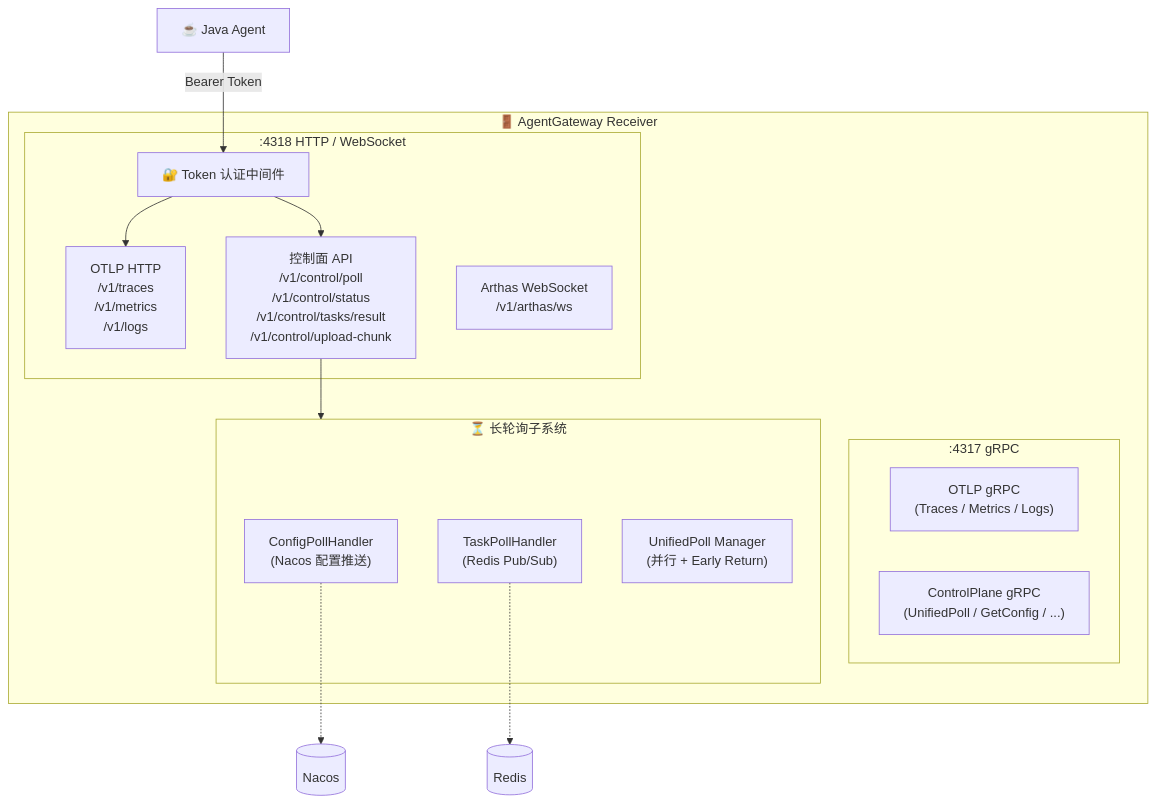
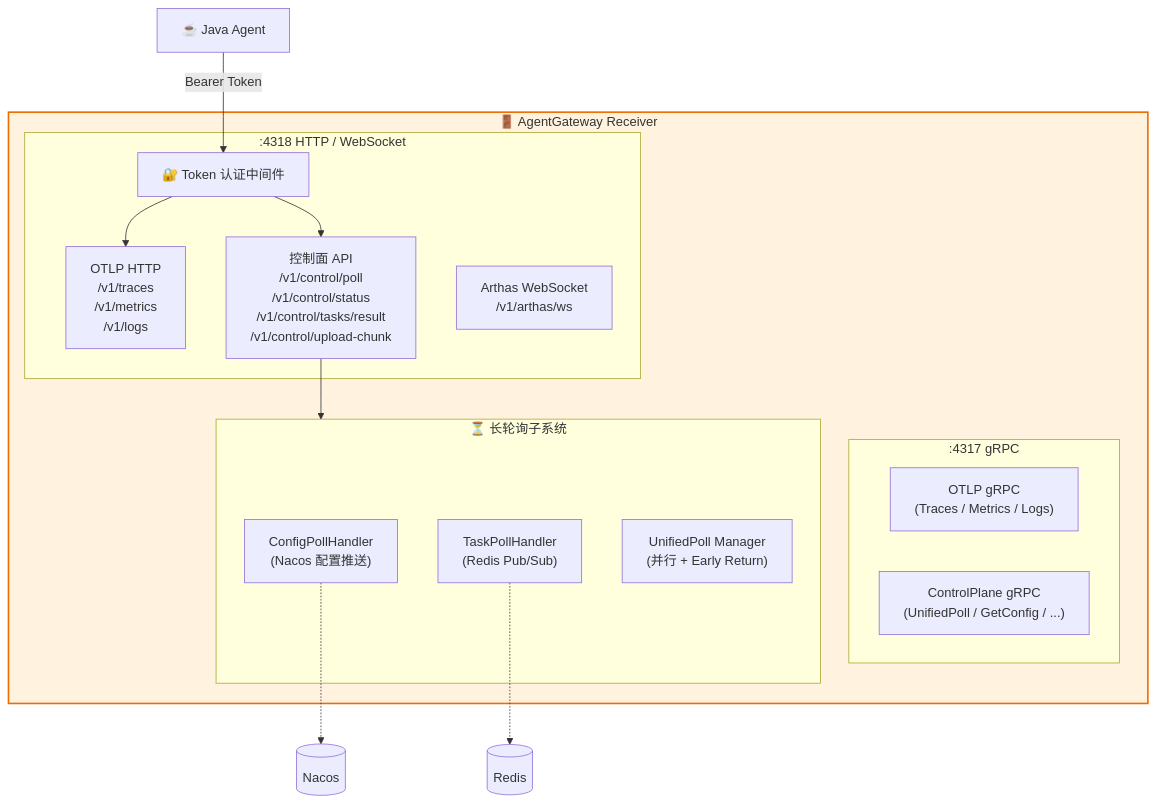
The tenth of 13 diagrams in README.md (junjiewwang/custom-opentelemetry-collector), drawn with Mermaid before and after one commit. The commit also changed other lines of this file, not shown here.

Commit message:
docs: 添加详细的 README.md 文档，包含架构图、组件详解和快速开始指南

````diff
--- a/README.md
+++ b/README.md
@@ -397,31 +417,33 @@
 ```mermaid
 graph TB
     JavaAgent["☕ Java Agent"]
 
     subgraph Receiver["🚪 AgentGateway Receiver"]
         subgraph HTTP[":4318 HTTP / WebSocket"]
             TokenMW["🔐 Token 认证中间件"]
             OTLP_H["OTLP HTTP<br/>/v1/traces<br/>/v1/metrics<br/>/v1/logs"]
             CP_H["控制面 API<br/>/v1/control/poll<br/>/v1/control/status<br/>/v1/control/tasks/result<br/>/v1/control/upload-chunk"]
             WS_H["Arthas WebSocket<br/>/v1/arthas/ws"]
         end
 
         subgraph GRPC[":4317 gRPC"]
             OTLP_G["OTLP gRPC<br/>(Traces / Metrics / Logs)"]
             CP_G["ControlPlane gRPC<br/>(UnifiedPoll / GetConfig / ...)"]
         end
 
         subgraph LongPoll["⏳ 长轮询子系统"]
             ConfigPoll["ConfigPollHandler<br/>(Nacos 配置推送)"]
             TaskPoll["TaskPollHandler<br/>(Redis Pub/Sub)"]
             Unified["UnifiedPoll Manager<br/>(并行 + Early Return)"]
         end
     end
 
     JavaAgent -->|"Bearer Token"| TokenMW
     TokenMW --> OTLP_H
     TokenMW --> CP_H
     CP_H --> LongPoll
     ConfigPoll -.-> Nacos[("Nacos")]
     TaskPoll -.-> Redis[("Redis")]
+
+    style Receiver fill:#FFF3E0,stroke:#EF6C00,stroke-width:2px
 ```
````
